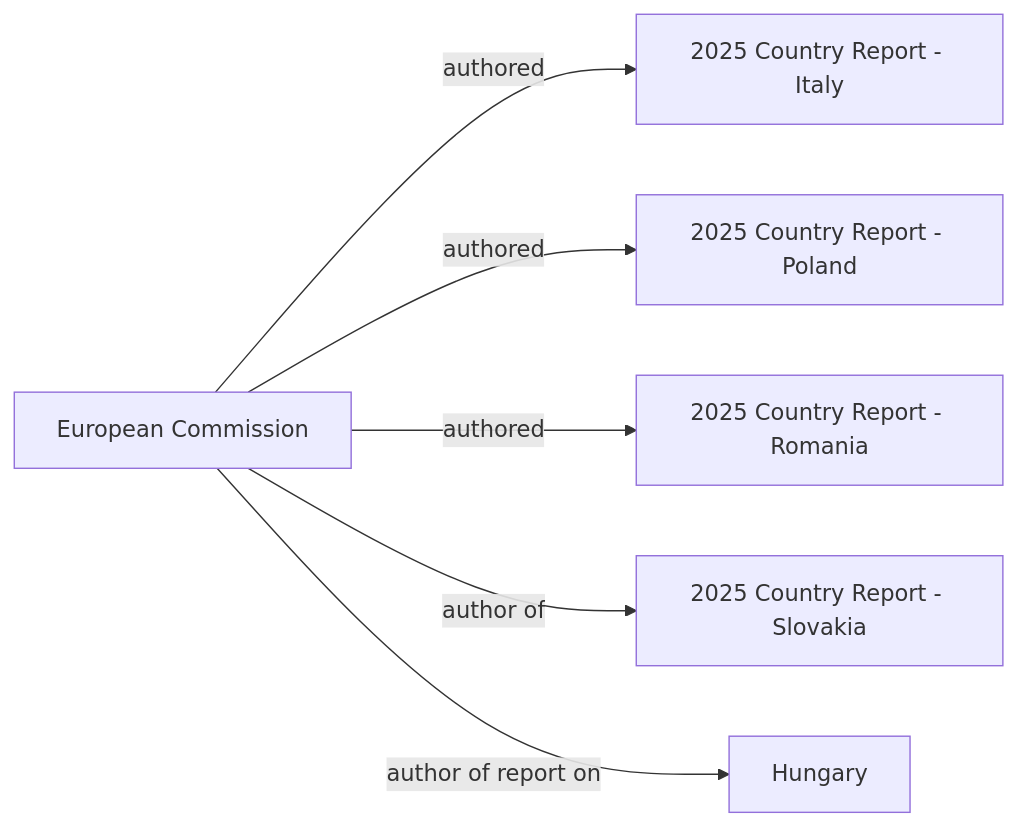
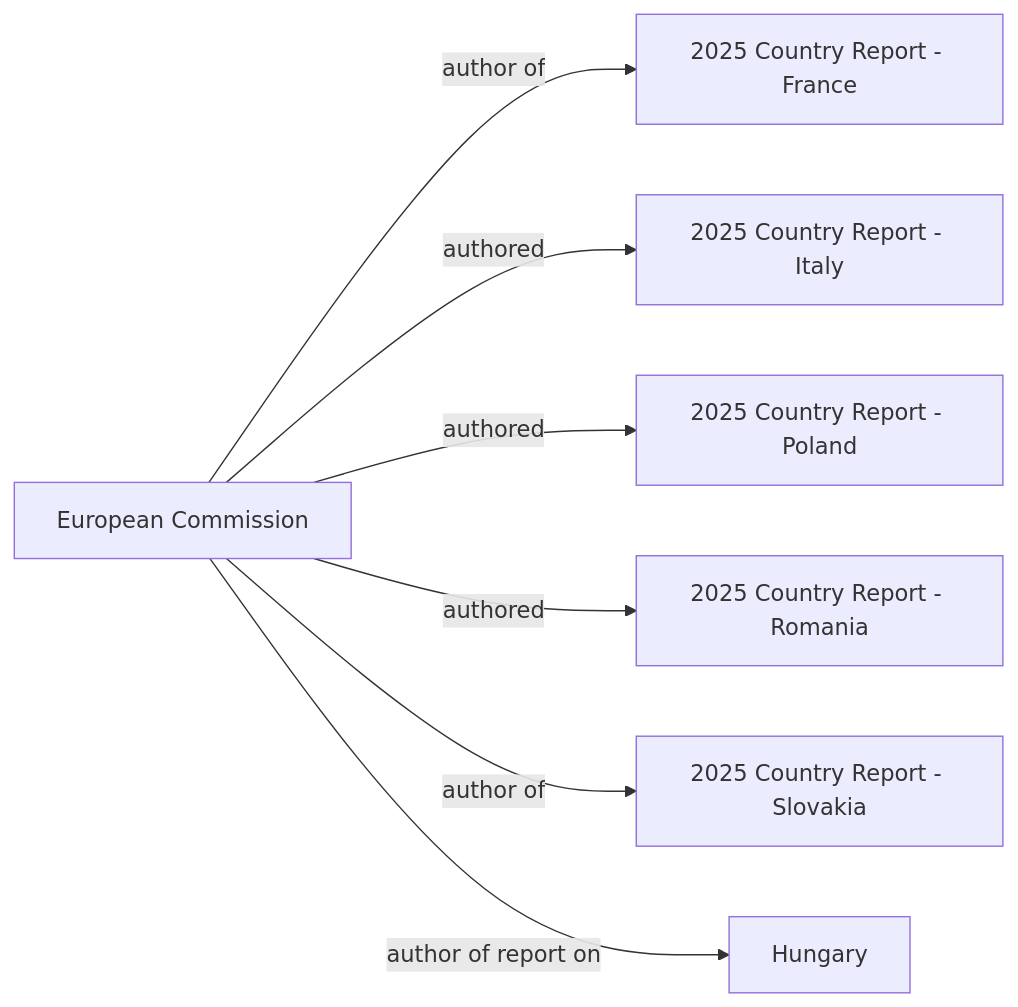
Before and after one commit to pkcpkc/mycelium-mind: the diagram in Vaults/finance/wiki/social-graph.md, drawn with Mermaid. The commit also changed other lines of this file, not shown here.

Commit message:
Updated social graph

````diff
--- a/Vaults/finance/wiki/social-graph.md
+++ b/Vaults/finance/wiki/social-graph.md
@@ -11,14 +11,16 @@
 ```mermaid
 flowchart LR
+    2CRF["2025 Country Report - France"]
     2CRI["2025 Country Report - Italy"]
     2CRP["2025 Country Report - Poland"]
     2CRR["2025 Country Report - Romania"]
     2CRS["2025 Country Report - Slovakia"]
     EC["European Commission"]
     H["Hungary"]
+    EC -- "author of" --> 2CRF
     EC -- "authored" --> 2CRI
     EC -- "authored" --> 2CRP
     EC -- "authored" --> 2CRR
     EC -- "author of" --> 2CRS
     EC -- "author of report on" --> H
 ```
````
